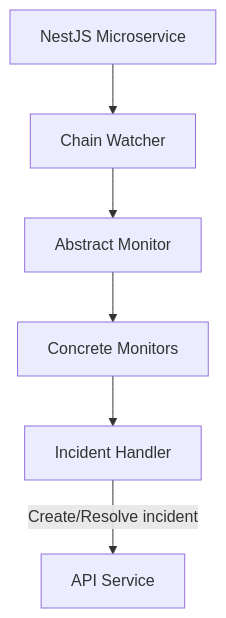
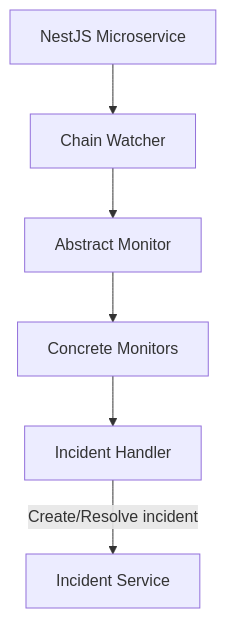
One commit to w3f/polguard changed the diagram in packages/chain/README.md. Above: the diagram before and after it, drawn with Mermaid. The commit also changed other lines of this file and 83 other files, not shown here.

Commit message:
feat: rename api service to incident service (#246)

````diff
--- a/packages/chain/README.md
+++ b/packages/chain/README.md
@@ -33,15 +33,15 @@
 ```mermaid
 graph TD
     NestService[NestJS Microservice]
     ChainWatcher[Chain Watcher]
     AbstractMonitor[Abstract Monitor]
     ConcreteMonitors[Concrete Monitors]
     IncidentHandler[Incident Handler]
-    ApiService[API Service]
+    IncidentService[Incident Service]
     
     NestService --> ChainWatcher
     ChainWatcher --> AbstractMonitor
     AbstractMonitor --> ConcreteMonitors
     ConcreteMonitors --> IncidentHandler
-    IncidentHandler -- "Create/Resolve incident" --> ApiService
+    IncidentHandler -- "Create/Resolve incident" --> IncidentService
 ```
````
